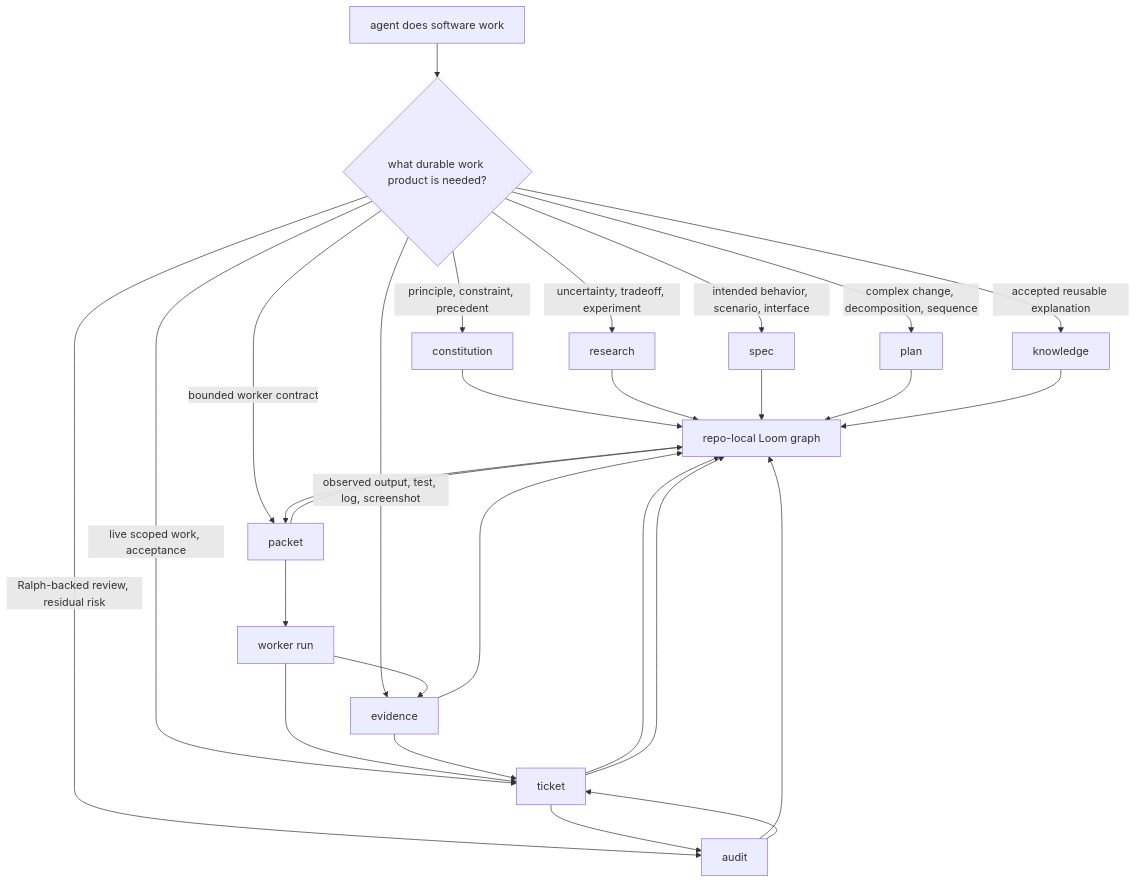
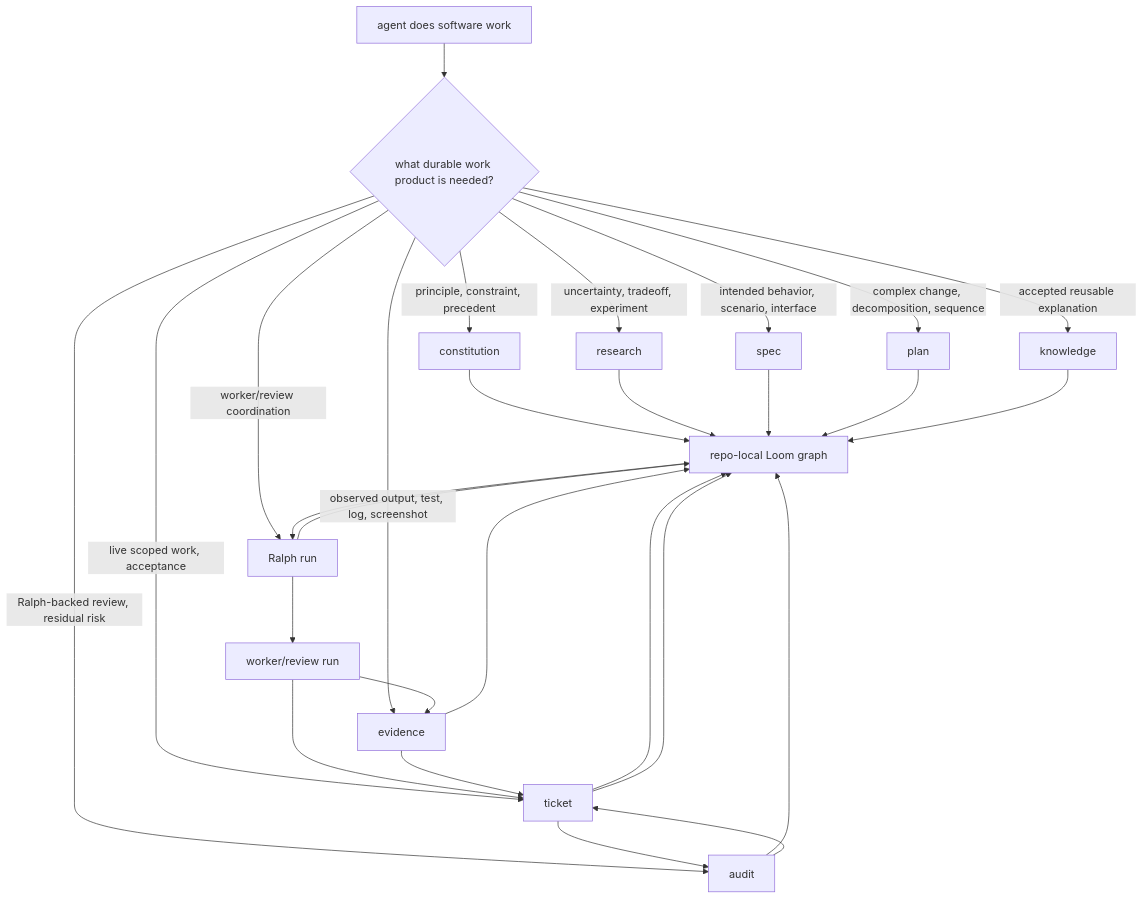
Before and after one commit to z3z1ma/10x: the second of 2 diagrams in README.md, drawn with Mermaid. The commit also changed other lines of this file and 103 other files, not shown here.

Commit message:
feat: remove ralph packet surface and use tickets as packet to simplify impl and reduce cognitive load

````diff
--- a/README.md
+++ b/README.md
@@ -112,33 +110,33 @@
 ```mermaid
 flowchart TB
   A["agent does software work"] --> B{"what durable work product is needed?"}
 
   B -->|principle, constraint, precedent| C["constitution"]
   B -->|uncertainty, tradeoff, experiment| R["research"]
   B -->|intended behavior, scenario, interface| S["spec"]
   B -->|complex change, decomposition, sequence| P["plan"]
   B -->|live scoped work, acceptance| T["ticket"]
   B -->|observed output, test, log, screenshot| E["evidence"]
   B -->|Ralph-backed review, residual risk| Q["audit"]
   B -->|accepted reusable explanation| K["knowledge"]
-  B -->|bounded worker contract| PKT["packet"]
+  B -->|worker/review coordination| RL["Ralph run"]
 
   C --> G["repo-local Loom graph"]
   R --> G
   S --> G
   P --> G
   T --> G
   E --> G
   Q --> G
   K --> G
-  PKT --> G
+  RL --> G
 
-  G --> PKT
-  PKT --> W["worker run"]
+  G --> RL
+  RL --> W["worker/review run"]
   W --> E
   W --> T
   E --> T
   T --> Q
   Q --> T
   T --> G
 ```
````
